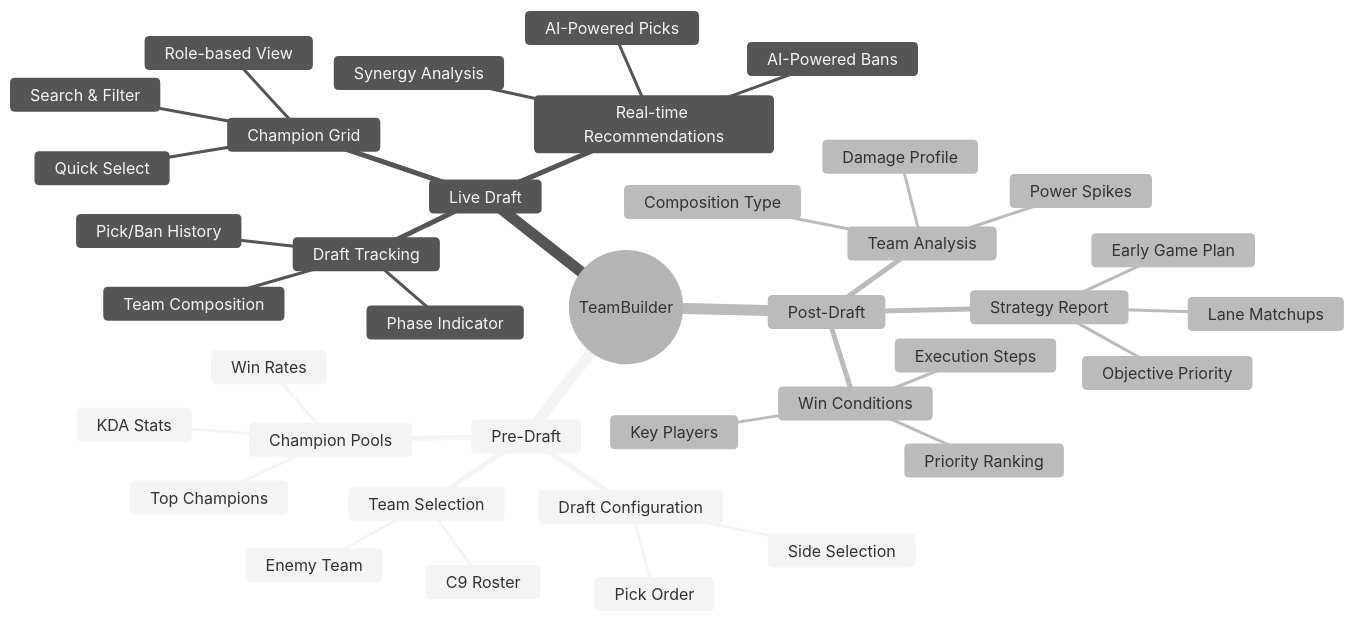
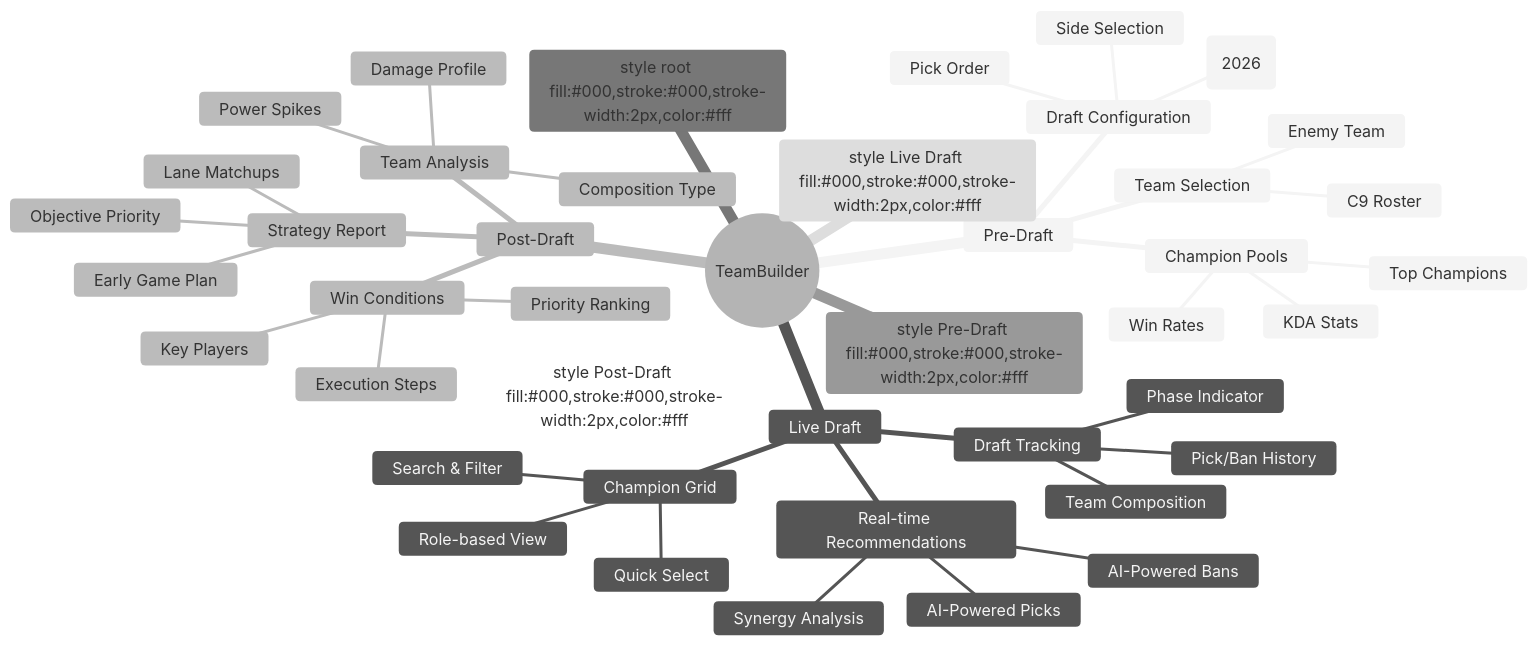
One commit to MoriatzLabs/TeamBuilder changed the third of 4 diagrams in README.md. Above: the diagram before and after it, drawn with Mermaid (neutral theme). The commit also changed other lines of this file, not shown here.

````diff
--- a/README.md
+++ b/README.md
@@ -132,41 +132,47 @@
 ```mermaid
 mindmap
   root((TeamBuilder))
     Pre-Draft
       Team Selection
         C9 Roster
         Enemy Team
       Draft Configuration
+        First Selection Rule (2026)
         Side Selection
         Pick Order
       Champion Pools
         Top Champions
         Win Rates
         KDA Stats
     Live Draft
       Real-time Recommendations
         AI-Powered Picks
         AI-Powered Bans
         Synergy Analysis
       Draft Tracking
         Pick/Ban History
         Phase Indicator
         Team Composition
       Champion Grid
         Search & Filter
         Role-based View
         Quick Select
     Post-Draft
       Team Analysis
         Composition Type
         Damage Profile
         Power Spikes
       Win Conditions
         Priority Ranking
         Execution Steps
         Key Players
       Strategy Report
         Early Game Plan
         Lane Matchups
         Objective Priority
+    
+    style root fill:#000,stroke:#000,stroke-width:2px,color:#fff
+    style Pre-Draft fill:#000,stroke:#000,stroke-width:2px,color:#fff
+    style Live Draft fill:#000,stroke:#000,stroke-width:2px,color:#fff
+    style Post-Draft fill:#000,stroke:#000,stroke-width:2px,color:#fff
 ```
````
